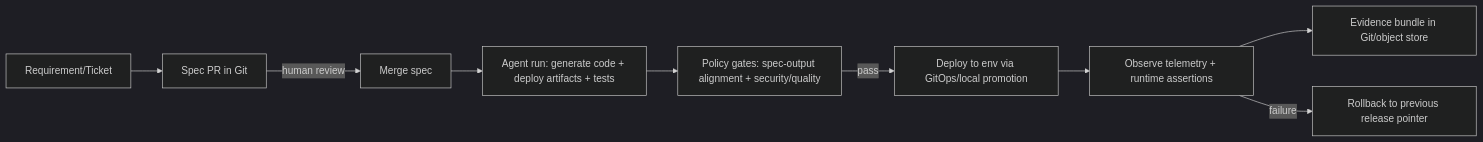
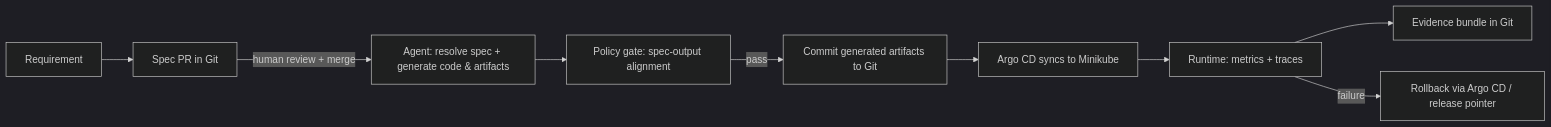
Before and after one commit to Legiang98/devops-sdd-assignment: the diagram in docs/target-state-design.md, drawn with Mermaid (dark theme). The commit also changed other lines of this file and 1 other file, not shown here.

````diff
--- a/docs/target-state-design.md
+++ b/docs/target-state-design.md
@@ -18,11 +20,11 @@
 ```mermaid
 flowchart LR
-  R[Requirement/Ticket] --> S[Spec PR in Git]
-  S -->|human review| M[Merge spec]
-  M --> A[Agent run: generate code + deploy artifacts + tests]
-  A --> P[Policy gates: spec-output alignment + security/quality]
-  P -->|pass| D[Deploy to env via GitOps/local promotion]
-  D --> O[Observe telemetry + runtime assertions]
-  O --> E[Evidence bundle in Git/object store]
-  O -->|failure| RB[Rollback to previous release pointer]
+  R[Requirement] --> S[Spec PR in Git]
+  S -->|human review + merge| A[Agent: resolve spec + generate code & artifacts]
+  A --> P[Policy gate: spec-output alignment]
+  P -->|pass| GIT[Commit generated artifacts to Git]
+  GIT --> ARGOCD[Argo CD syncs to Minikube]
+  ARGOCD --> O[Runtime: metrics + traces]
+  O --> E[Evidence bundle in Git]
+  O -->|failure| RB[Rollback via Argo CD / release pointer]
 ```
````
